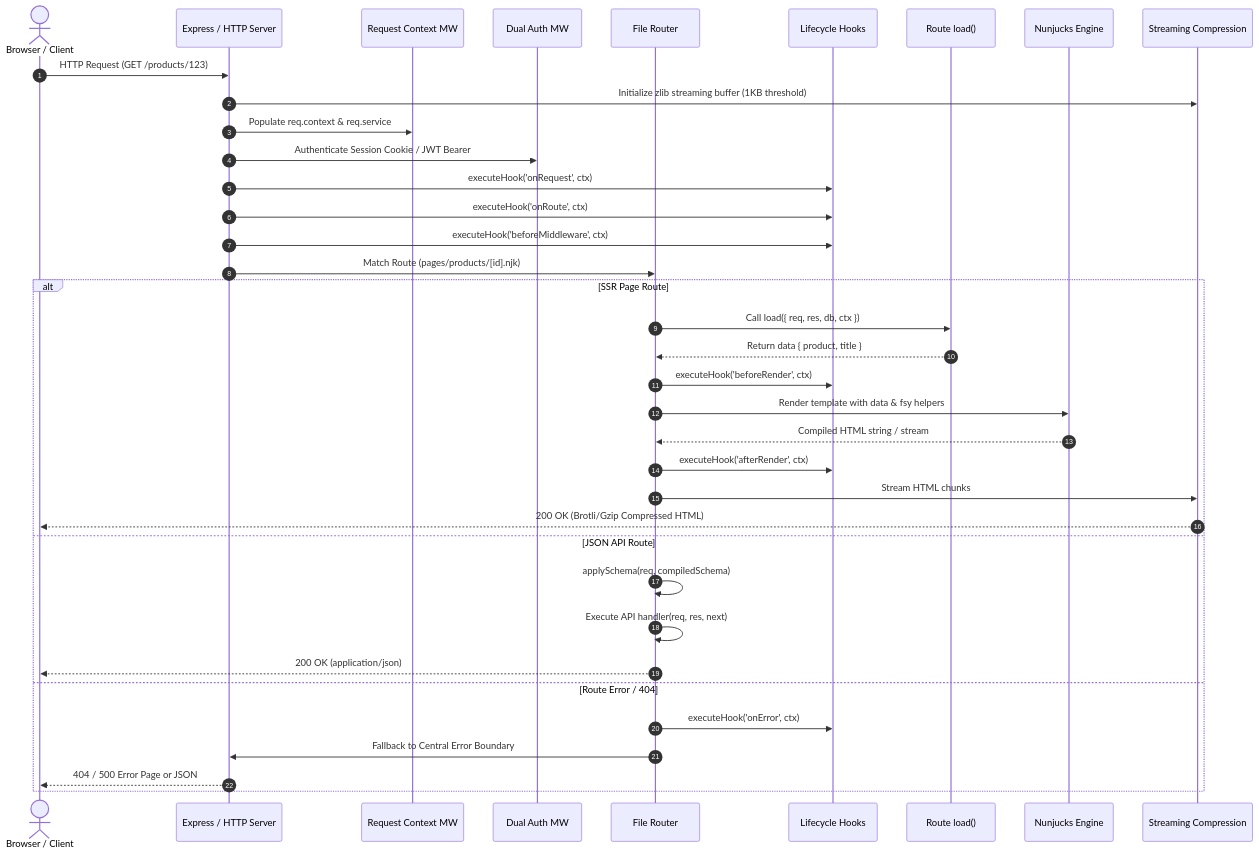
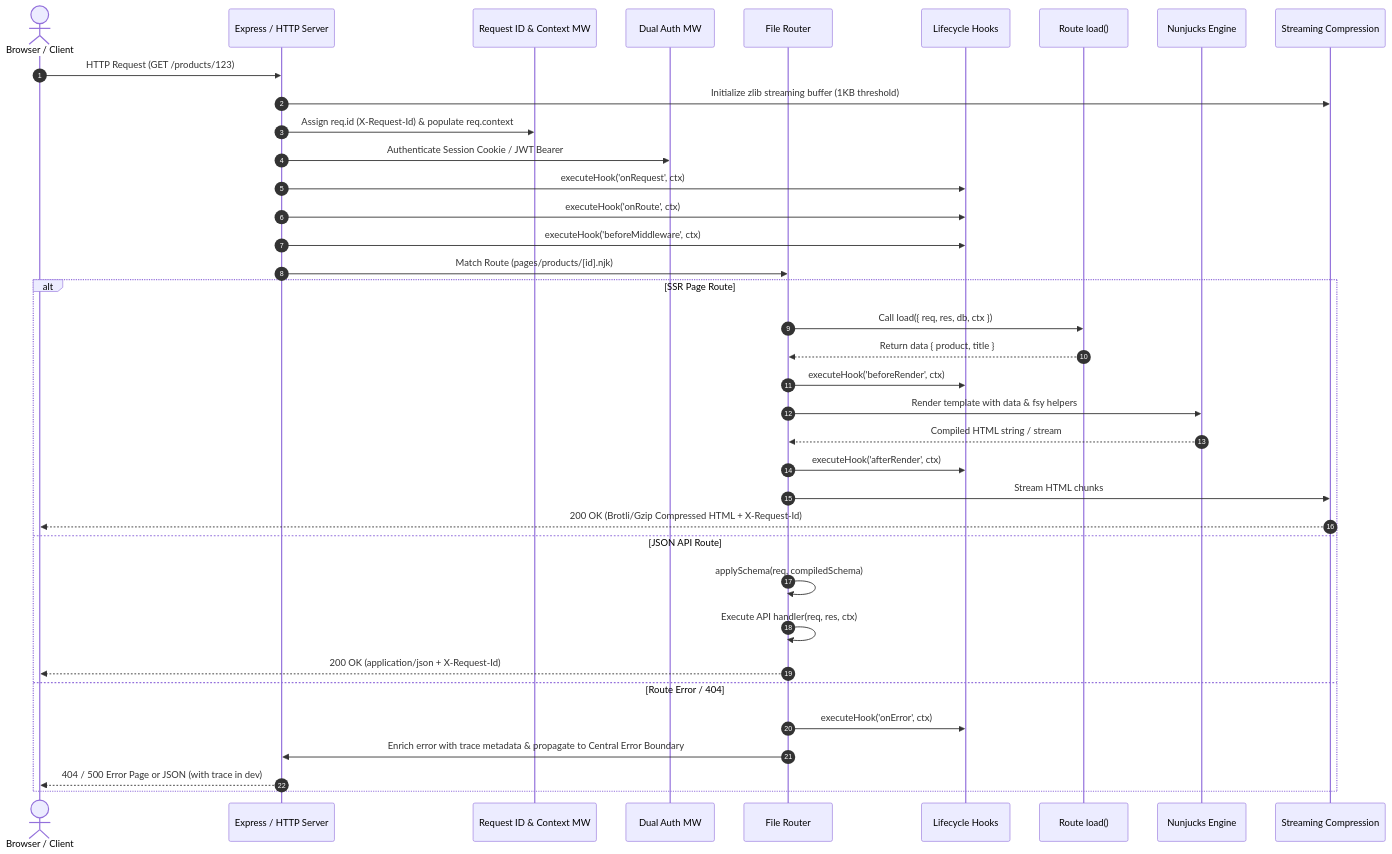
The diagram in docs/concepts/request-lifecycle.md (litepacks/webspresso), drawn with Mermaid before and after one commit. The commit also changed other lines of this file and 47 other files, not shown here.

Commit message:
feat: add modular definitions, RouteTable compilation, and enhanced error tracing metadata

````diff
--- a/docs/concepts/request-lifecycle.md
+++ b/docs/concepts/request-lifecycle.md
@@ -14,43 +14,43 @@
 ```mermaid
 sequenceDiagram
     autonumber
     actor Client as Browser / Client
     participant Express as Express / HTTP Server
-    participant Context as Request Context MW
+    participant ReqId as Request ID & Context MW
     participant Auth as Dual Auth MW
     participant Router as File Router
     participant Hooks as Lifecycle Hooks
     participant Loader as Route load()
     participant Engine as Nunjucks Engine
     participant Compress as Streaming Compression
 
     Client->>Express: HTTP Request (GET /products/123)
     Express->>Compress: Initialize zlib streaming buffer (1KB threshold)
-    Express->>Context: Populate req.context & req.service
+    Express->>ReqId: Assign req.id (X-Request-Id) & populate req.context
     Express->>Auth: Authenticate Session Cookie / JWT Bearer
     
     Express->>Hooks: executeHook('onRequest', ctx)
     Express->>Hooks: executeHook('onRoute', ctx)
     Express->>Hooks: executeHook('beforeMiddleware', ctx)
     
     Express->>Router: Match Route (pages/products/[id].njk)
     
     alt SSR Page Route
         Router->>Loader: Call load({ req, res, db, ctx })
         Loader-->>Router: Return data { product, title }
         Router->>Hooks: executeHook('beforeRender', ctx)
         Router->>Engine: Render template with data & fsy helpers
         Engine-->>Router: Compiled HTML string / stream
         Router->>Hooks: executeHook('afterRender', ctx)
         Router->>Compress: Stream HTML chunks
-        Compress-->>Client: 200 OK (Brotli/Gzip Compressed HTML)
+        Compress-->>Client: 200 OK (Brotli/Gzip Compressed HTML + X-Request-Id)
     else JSON API Route
         Router->>Router: applySchema(req, compiledSchema)
-        Router->>Router: Execute API handler(req, res, next)
-        Router-->>Client: 200 OK (application/json)
+        Router->>Router: Execute API handler(req, res, ctx)
+        Router-->>Client: 200 OK (application/json + X-Request-Id)
     else Route Error / 404
         Router->>Hooks: executeHook('onError', ctx)
-        Router->>Express: Fallback to Central Error Boundary
-        Express-->>Client: 404 / 500 Error Page or JSON
+        Router->>Express: Enrich error with trace metadata & propagate to Central Error Boundary
+        Express-->>Client: 404 / 500 Error Page or JSON (with trace in dev)
     end
 ```
````
